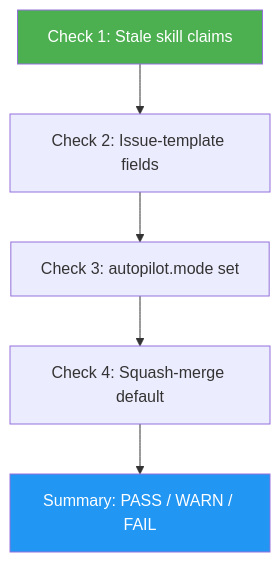
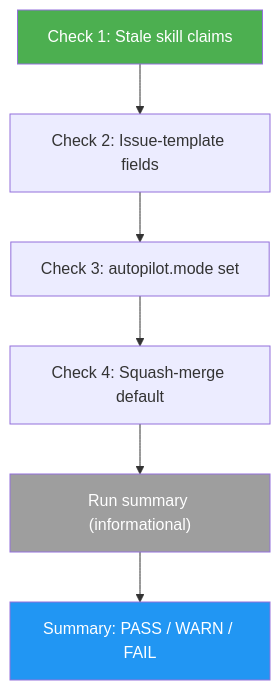
One commit to luongnv89/idd changed the diagram in src/internal-skills/idd-doctor/README.md. Above: the diagram before and after it, drawn with Mermaid. The commit also changed other lines of this file and 20 other files, not shown here.

First line of the commit message:
feat(monitoring): add .gitissue/runs.jsonl run-log + idd-doctor summary (#141)

````diff
--- a/src/internal-skills/idd-doctor/README.md
+++ b/src/internal-skills/idd-doctor/README.md
@@ -25,9 +27,11 @@
 ```mermaid
 graph TD
     A["Check 1: Stale skill claims"] --> B["Check 2: Issue-template fields"]
     B --> C["Check 3: autopilot.mode set"]
     C --> D["Check 4: Squash-merge default"]
-    D --> E["Summary: PASS / WARN / FAIL"]
+    D --> R["Run summary (informational)"]
+    R --> E["Summary: PASS / WARN / FAIL"]
     style A fill:#4CAF50,color:#fff
+    style R fill:#9E9E9E,color:#fff
     style E fill:#2196F3,color:#fff
 ```
````
